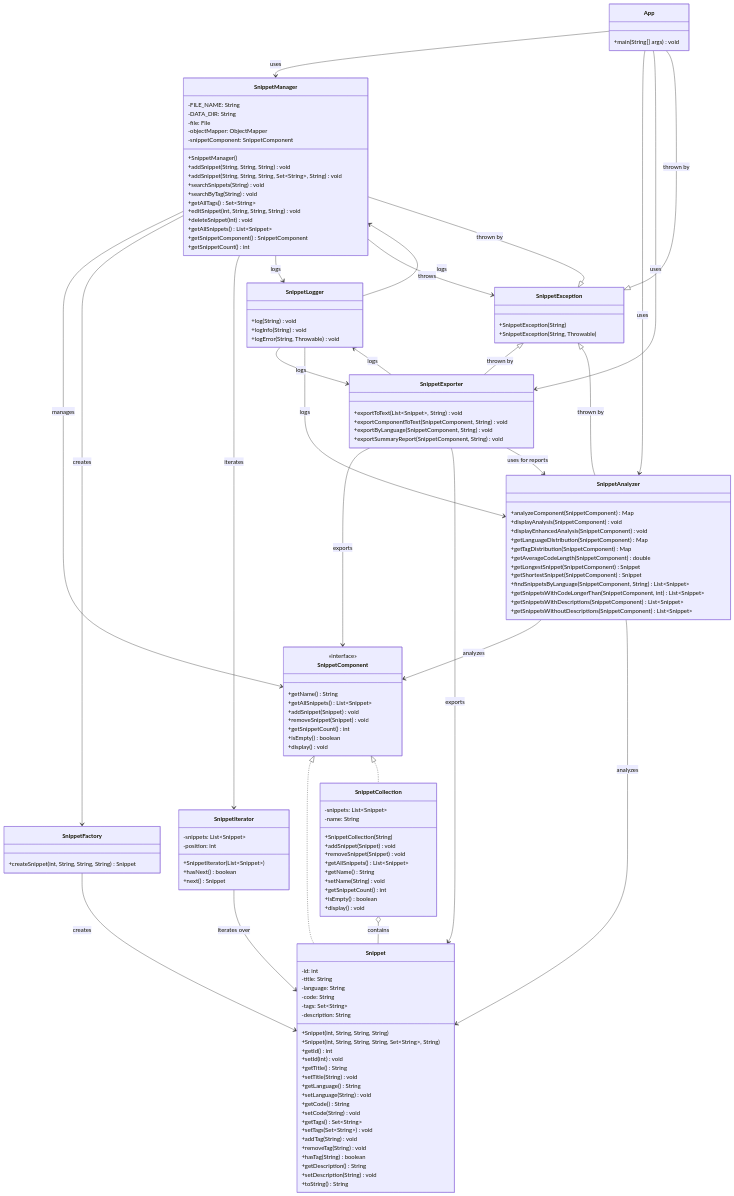
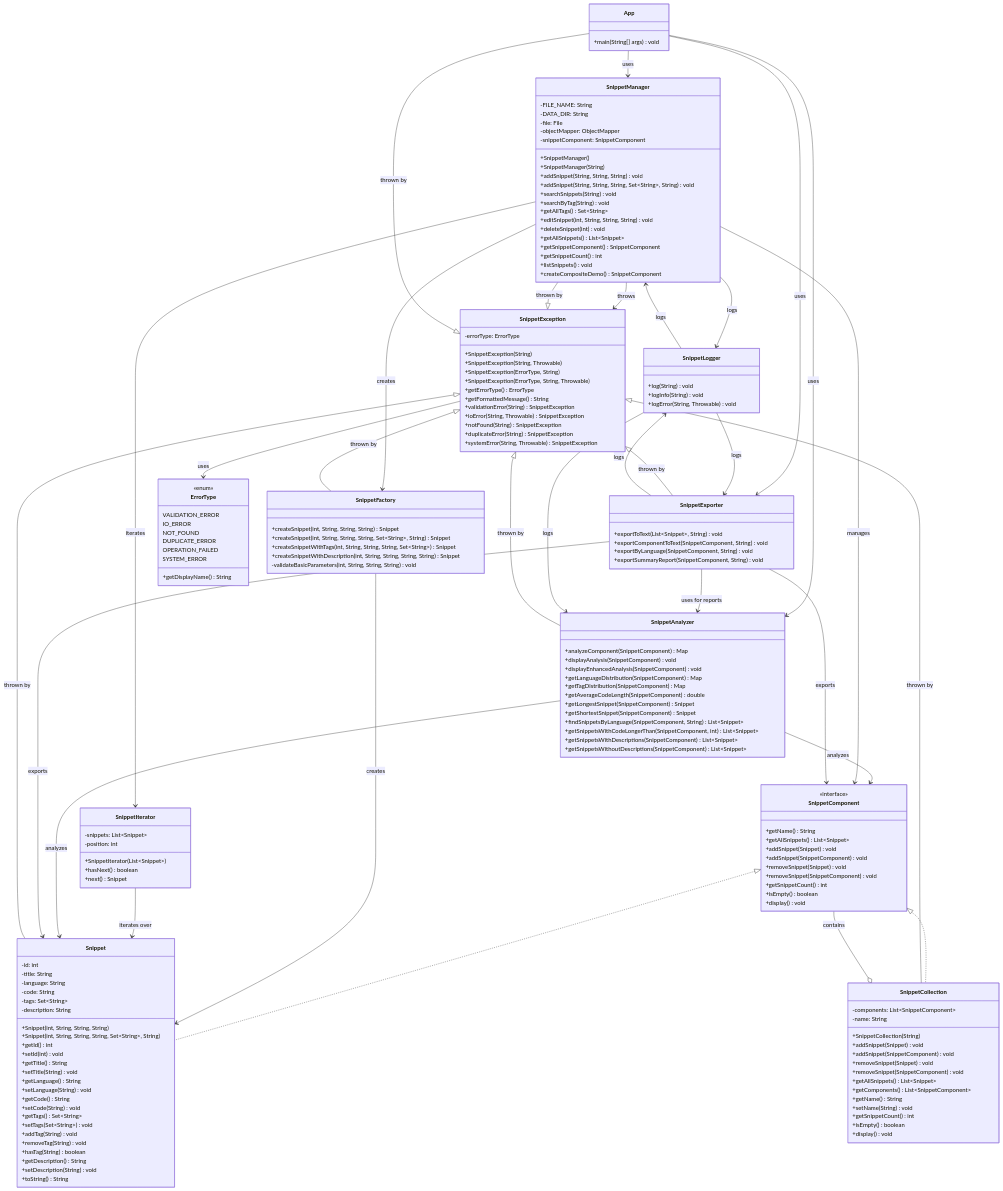
The diagram in README.md (Dandastino/SnippetOrganizer), drawn with Mermaid before and after one commit. The commit also changed other lines of this file and 15 other files, not shown here.

````diff
--- a/README.md
+++ b/README.md
@@ -198,7 +269,9 @@
       +getName() String
       +getAllSnippets() List~Snippet~
       +addSnippet(Snippet) void
+      +addSnippet(SnippetComponent) void
       +removeSnippet(Snippet) void
+      +removeSnippet(SnippetComponent) void
       +getSnippetCount() int
       +isEmpty() boolean
       +display() void
@@ -253,6 +326,7 @@
       -objectMapper: ObjectMapper
       -snippetComponent: SnippetComponent
       +SnippetManager()
+      +SnippetManager(String)
       +addSnippet(String, String, String) void
       +addSnippet(String, String, String, Set~String~, String) void
       +searchSnippets(String) void
@@ -263,15 +337,20 @@
       +getAllSnippets() List~Snippet~
       +getSnippetComponent() SnippetComponent
       +getSnippetCount() int
+      +listSnippets() void
+      +createCompositeDemo() SnippetComponent
     }
 
     class SnippetCollection {
-      -snippets: List~Snippet~
+      -components: List~SnippetComponent~
       -name: String
       +SnippetCollection(String)
       +addSnippet(Snippet) void
+      +addSnippet(SnippetComponent) void
       +removeSnippet(Snippet) void
+      +removeSnippet(SnippetComponent) void
       +getAllSnippets() List~Snippet~
+      +getComponents() List~SnippetComponent~
       +getName() String
       +setName(String) void
       +getSnippetCount() int
@@ -281,6 +360,10 @@
 
     class SnippetFactory {
       +createSnippet(int, String, String, String) Snippet
+      +createSnippet(int, String, String, String, Set~String~, String) Snippet
+      +createSnippetWithTags(int, String, String, String, Set~String~) Snippet
+      +createSnippetWithDescription(int, String, String, String, String) Snippet
+      -validateBasicParameters(int, String, String, String) void
     }
 
     class SnippetIterator {
@@ -305,8 +388,29 @@
     }
 
     class SnippetException {
+      -errorType: ErrorType
       +SnippetException(String)
       +SnippetException(String, Throwable)
+      +SnippetException(ErrorType, String)
+      +SnippetException(ErrorType, String, Throwable)
+      +getErrorType() ErrorType
+      +getFormattedMessage() String
+      +validationError(String) SnippetException
+      +ioError(String, Throwable) SnippetException
+      +notFound(String) SnippetException
+      +duplicateError(String) SnippetException
+      +systemError(String, Throwable) SnippetException
+    }
+
+    class ErrorType {
+      <<enum>>
+      VALIDATION_ERROR
+      IO_ERROR
+      NOT_FOUND
+      DUPLICATE_ERROR
+      OPERATION_FAILED
+      SYSTEM_ERROR
+      +getDisplayName() String
     }
 
     %% Interface Implementation
@@ -314,7 +418,7 @@
     SnippetComponent <|.. SnippetCollection
 
     %% Aggregation/Composition
-    SnippetCollection o-- Snippet : contains
+    SnippetCollection o-- SnippetComponent : contains
 
     %% Usage/Dependency/Association
     App --> SnippetManager : uses
@@ -346,5 +450,10 @@
     SnippetException <|-- SnippetManager : thrown by
     SnippetException <|-- SnippetExporter : thrown by
     SnippetException <|-- SnippetAnalyzer : thrown by
+    SnippetException <|-- SnippetFactory : thrown by
+    SnippetException <|-- Snippet : thrown by
+    SnippetException <|-- SnippetCollection : thrown by
     SnippetException <|-- App : thrown by
+
+    SnippetException --> ErrorType : uses
 ```
````
